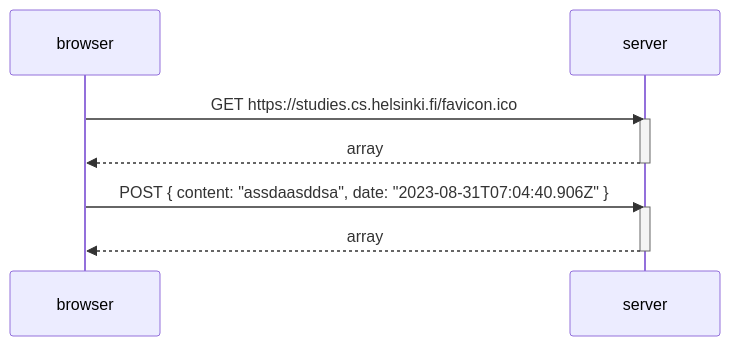
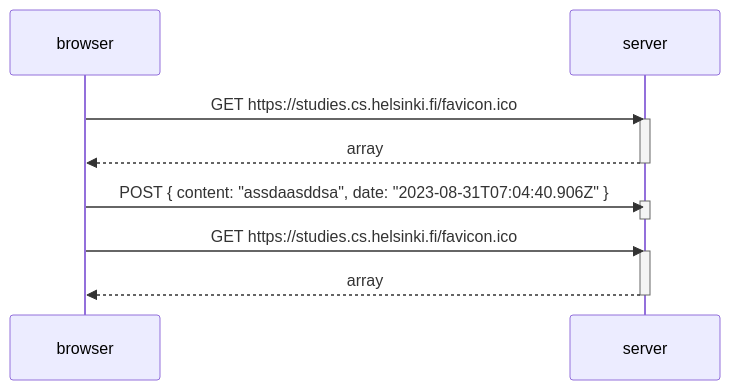
Before and after one commit to valtteriper/FullstackOpen: the diagram in part_0_4.md, drawn with Mermaid.

````diff
--- a/part_0_4.md
+++ b/part_0_4.md
@@ -1,16 +1,20 @@
 ```mermaid
 sequenceDiagram
     participant browser
     participant server
     
     browser->>server: GET https://studies.cs.helsinki.fi/favicon.ico
     activate server
     server-->>browser: array
     deactivate server
 
     browser->>server: POST { content: "assdaasddsa", date: "2023-08-31T07:04:40.906Z" }
     activate server
+    deactivate server
+
+    browser->>server: GET https://studies.cs.helsinki.fi/favicon.ico
+    activate server
     server-->>browser: array
     deactivate server
 
 ```
````
